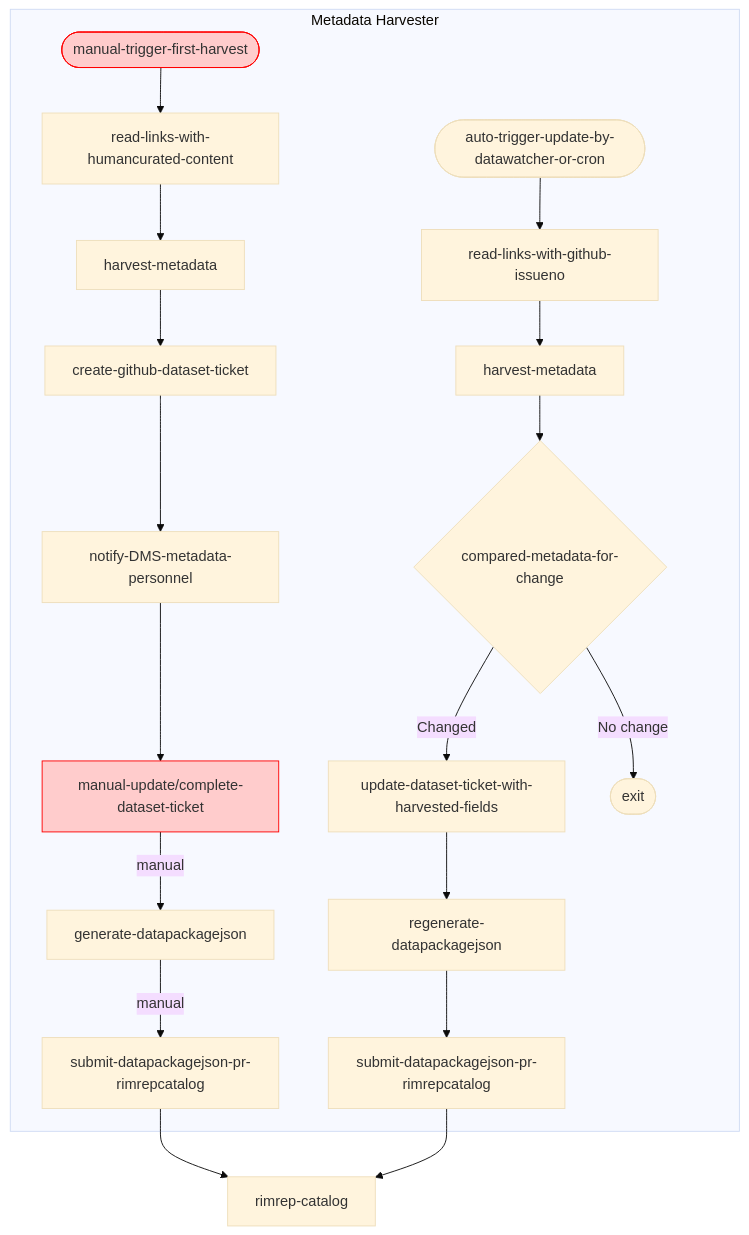
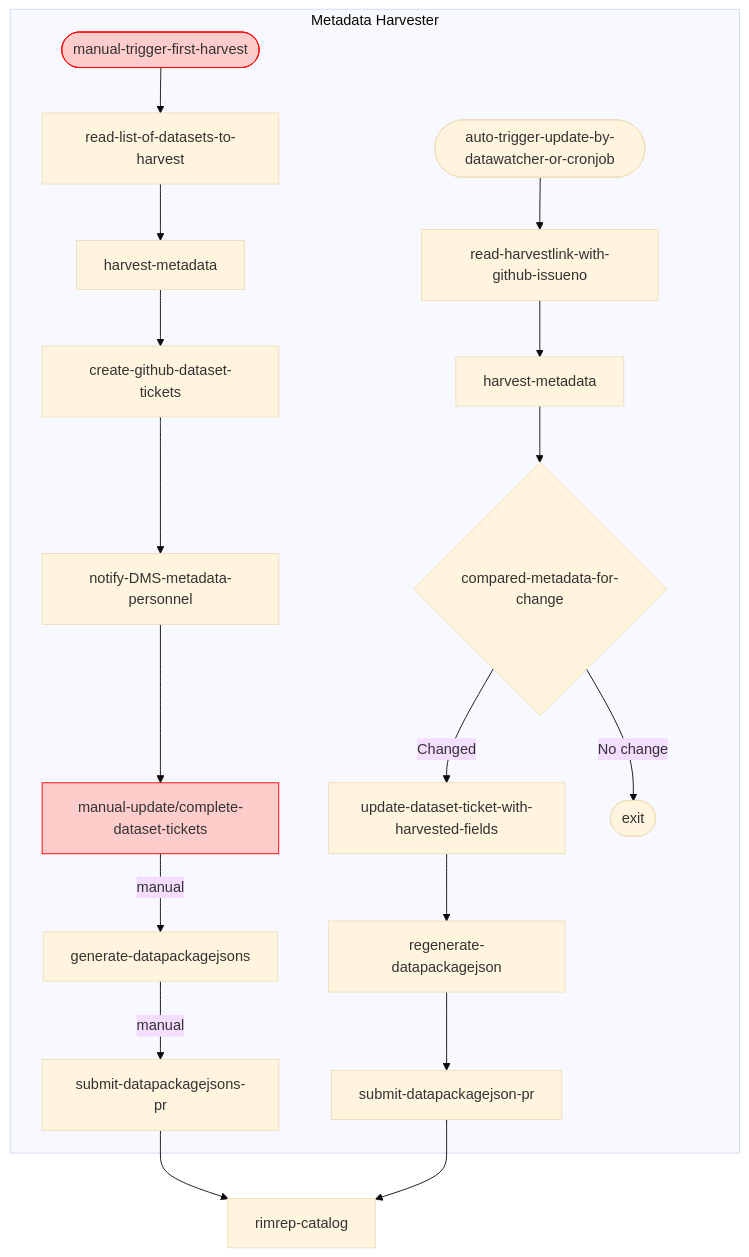
Before and after one commit to gbr-dms/rimrep-documentation: the fourth of 4 diagrams in docs/architecture/components/metadata-system.md, drawn with Mermaid (base theme). The commit also changed other lines of this file, not shown here.

Commit message:
Polish a few details

````diff
--- a/docs/architecture/components/metadata-system.md
+++ b/docs/architecture/components/metadata-system.md
@@ -219,46 +223,46 @@
 ```mermaid
 flowchart TD
   classDef red fill:#ffcccc,stroke:#ff0000;
   classDef green fill:#bbf7d0,stroke:#16a34a;
 
     rimrep_catalog[rimrep-catalog] 
 
     subgraph metadata_harvester["Metadata Harvester"]
         harvest_metadata_create[harvest-metadata]
         harvest_metadata_update[harvest-metadata]
-        read_data_to_create[read-links-with-humancurated-content]
-        create_github_ticket[create-github-dataset-ticket]
-        read_data_to_update[read-links-with-github-issueno]
+        read_data_to_create[read-list-of-datasets-to-harvest]
+        create_github_ticket[create-github-dataset-tickets]
+        read_data_to_update[read-harvestlink-with-github-issueno]
         compare_metadata{compared-metadata-for-change}
         regenerate_datapackagejson[regenerate-datapackagejson]
-        submit_pr_auto[submit-datapackagejson-pr-rimrepcatalog]
+        submit_pr_auto[submit-datapackagejson-pr]
         update_dataset_ticket[update-dataset-ticket-with-harvested-fields]
         notify_stakeholders[notify-DMS-metadata-personnel]
-        generate_datapackagejson[generate-datapackagejson]
-        human_intervention[manual-update/complete-dataset-ticket]:::red
-        submit_pr_manual[submit-datapackagejson-pr-rimrepcatalog]
+        generate_datapackagejson[generate-datapackagejsons]
+        human_intervention[manual-update/complete-dataset-tickets]:::red
+        submit_pr_manual[submit-datapackagejsons-pr]
         trigger_manual([manual-trigger-first-harvest]):::red
-        trigger_auto([auto-trigger-update-by-datawatcher-or-cron])
+        trigger_auto([auto-trigger-update-by-datawatcher-or-cronjob])
 
         trigger_manual --> read_data_to_create
         trigger_auto --> read_data_to_update
         read_data_to_create --> harvest_metadata_create
         read_data_to_update --> harvest_metadata_update
         harvest_metadata_update --> compare_metadata
         compare_metadata --> |Changed| update_dataset_ticket
         compare_metadata --> |No change| exit([exit])
         update_dataset_ticket --> regenerate_datapackagejson
         regenerate_datapackagejson --> submit_pr_auto
         harvest_metadata_create --> create_github_ticket
         create_github_ticket --> notify_stakeholders
         notify_stakeholders --> human_intervention
         human_intervention --> |manual|generate_datapackagejson
         generate_datapackagejson --> |manual|submit_pr_manual
 
     end
     
     submit_pr_manual --> rimrep_catalog
     submit_pr_auto --> rimrep_catalog
     
     
 ```
````
